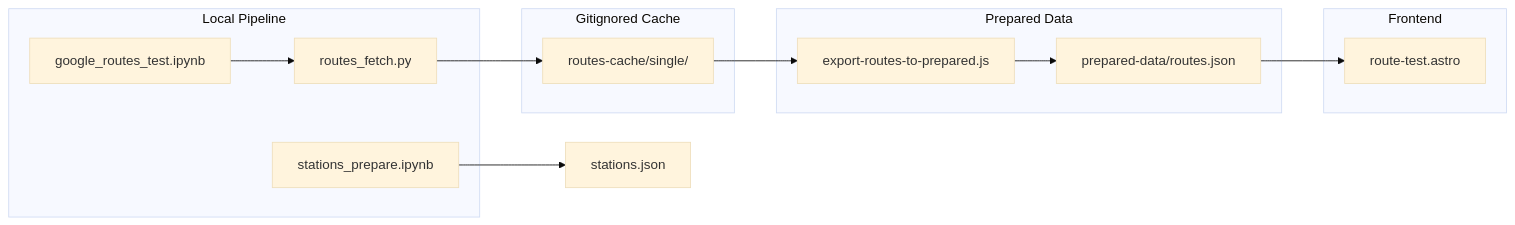
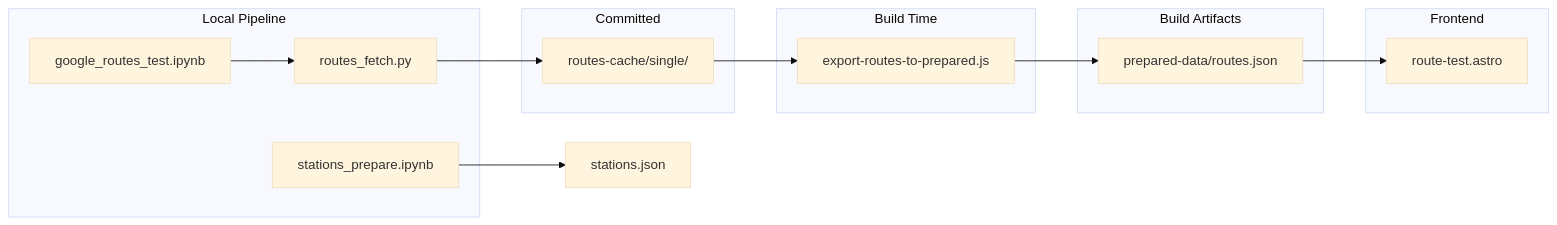
The diagram in docs/Routes.md (NickMarcha/INF252-Course-Project), drawn with Mermaid (base theme) before and after one commit. The commit also changed other lines of this file and 1094 other files, not shown here.

````diff
--- a/docs/Routes.md
+++ b/docs/Routes.md
@@ -7,24 +7,26 @@
 ```mermaid
 flowchart LR
     subgraph local [Local Pipeline]
         NB1[stations_prepare.ipynb]
         NB2[google_routes_test.ipynb]
         RF[routes_fetch.py]
     end
-    subgraph cache [Gitignored Cache]
+    subgraph committed [Committed]
         RC[routes-cache/single/]
     end
-    subgraph prepared [Prepared Data]
+    subgraph build [Build Time]
         Export[export-routes-to-prepared.js]
+    end
+    subgraph artifacts [Build Artifacts]
         Routes[prepared-data/routes.json]
     end
     subgraph frontend [Frontend]
         RT[route-test.astro]
     end
     NB1 --> Stations[stations.json]
     NB2 --> RF
     RF --> RC
     RC --> Export
     Export --> Routes
     Routes --> RT
 ```
````
